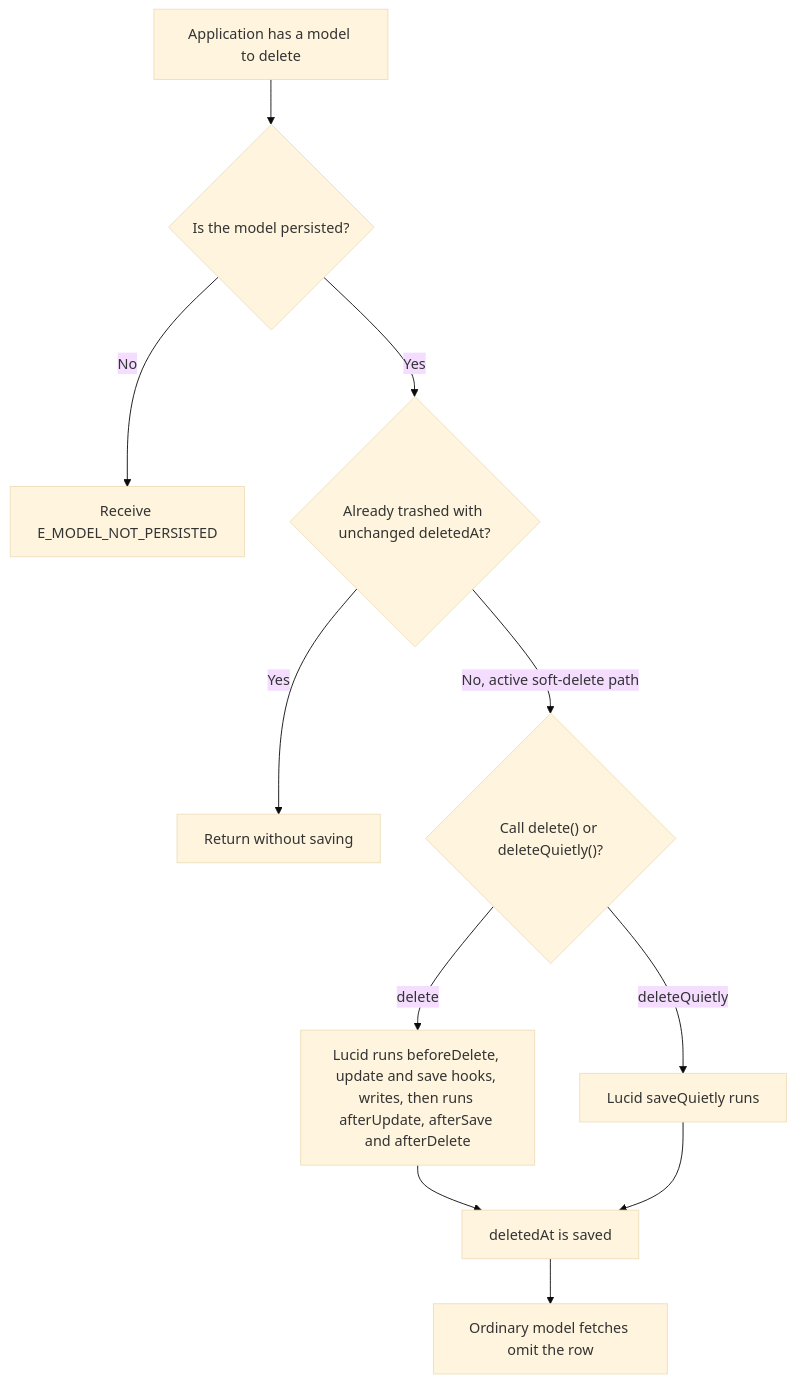
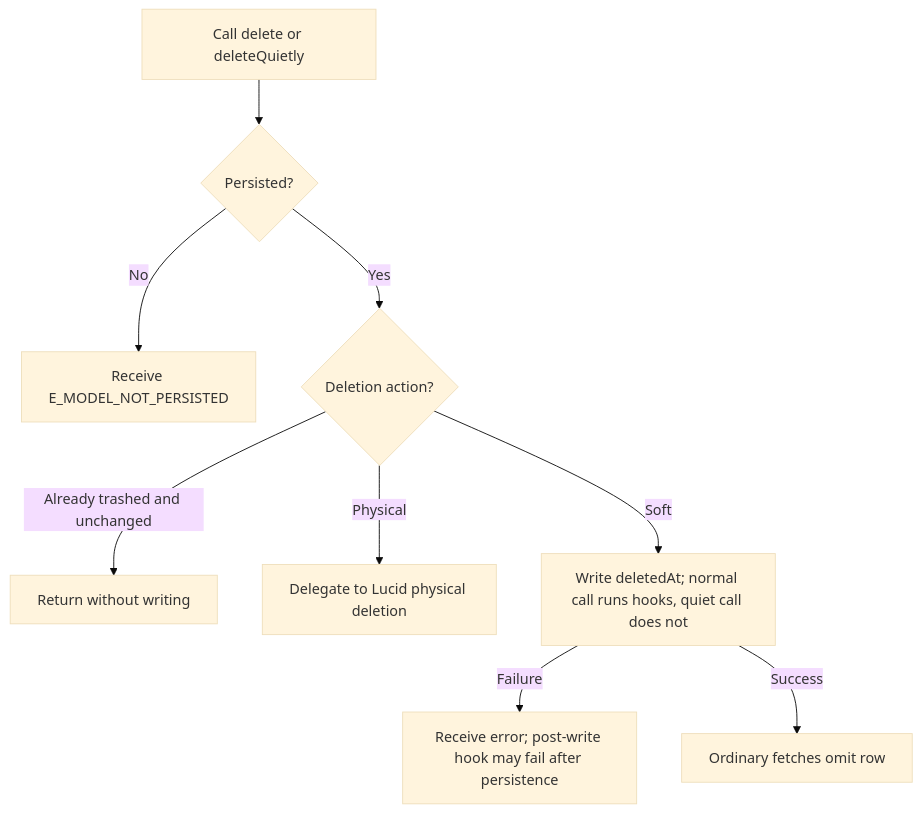
One commit to Kevinjohn/oss-adonisjs-lucid-soft-delete changed the first of 2 diagrams in user-stories/soft-delete-instance/us-app-01-soft-delete-instance.md. Above: the diagram before and after it, drawn with Mermaid (base theme). The commit also changed other lines of this file and 26 other files, not shown here.

````diff
--- a/user-stories/soft-delete-instance/us-app-01-soft-delete-instance.md
+++ b/user-stories/soft-delete-instance/us-app-01-soft-delete-instance.md
@@ -21,13 +22,11 @@
 ```mermaid
 flowchart TD
-    A["Application has a model to delete"] --> G{"Is the model persisted?"}
-    G -->|No| H["Receive E_MODEL_NOT_PERSISTED"]
-    G -->|Yes| I{"Already trashed with unchanged deletedAt?"}
-    I -->|Yes| J["Return without saving"]
-    I -->|No, active soft-delete path| B{"Call delete() or deleteQuietly()?"}
-    B -->|delete| C["Lucid runs beforeDelete, update and save hooks, writes, then runs afterUpdate, afterSave and afterDelete"]
-    B -->|deleteQuietly| D["Lucid saveQuietly runs"]
-    C --> E["deletedAt is saved"]
-    D --> E
-    E --> F["Ordinary model fetches omit the row"]
+    A["Call delete or deleteQuietly"] --> B{"Persisted?"}
+    B -->|No| C["Receive E_MODEL_NOT_PERSISTED"]
+    B -->|Yes| D{"Deletion action?"}
+    D -->|Already trashed and unchanged| E["Return without writing"]
+    D -->|Physical| F["Delegate to Lucid physical deletion"]
+    D -->|Soft| G["Write deletedAt; normal call runs hooks, quiet call does not"]
+    G -->|Failure| H["Receive error; post-write hook may fail after persistence"]
+    G -->|Success| I["Ordinary fetches omit row"]
 ```
````
